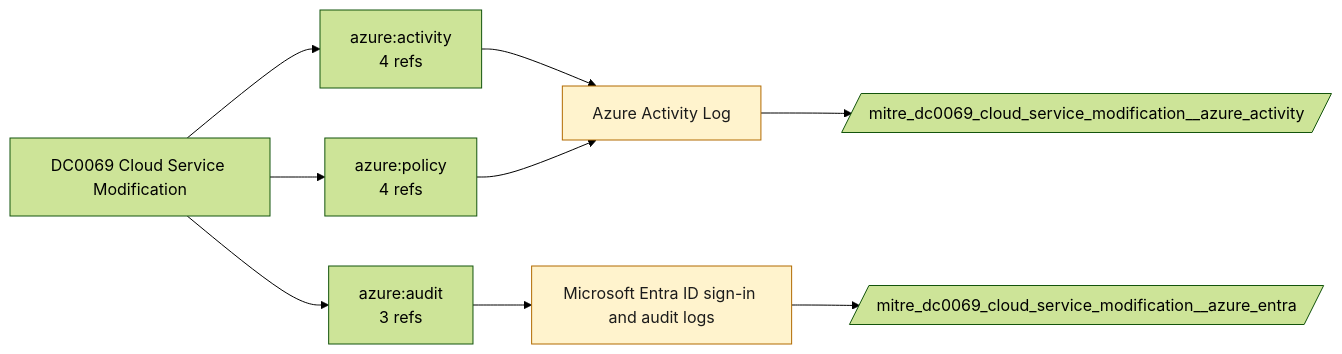
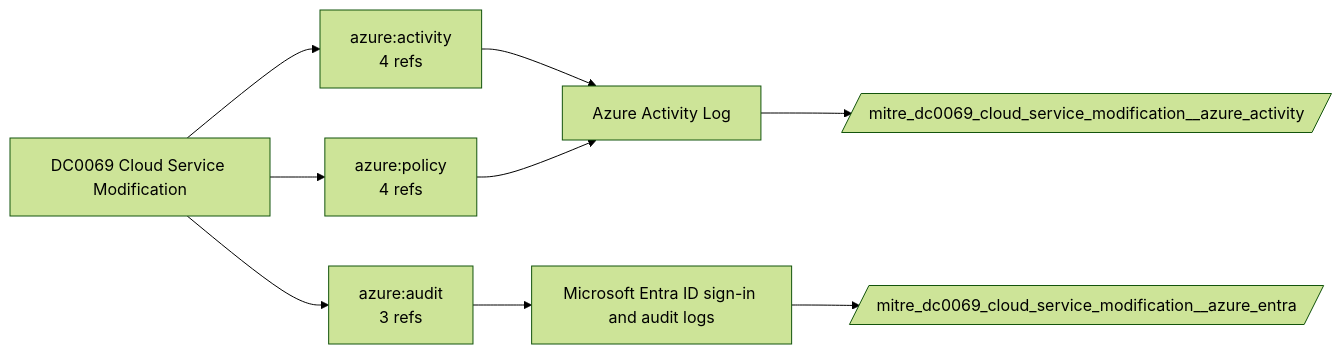
The diagram in docs/data-components/DC0069-cloud-service-modification.md (dev-nobytes-io/mitre-defensive-mappings-spl), drawn with Mermaid (forest theme) before and after one commit. The commit also changed other lines of this file and 366 other files, not shown here.

````diff
--- a/docs/data-components/DC0069-cloud-service-modification.md
+++ b/docs/data-components/DC0069-cloud-service-modification.md
@@ -19,18 +19,14 @@
 ```mermaid
 flowchart LR
   DC["DC0069 Cloud Service Modification"]
   DC --> LS0["azure:activity<br/>4 refs"]
   F_azure_activity["Azure Activity Log"]
   LS0 --> F_azure_activity
   DC --> LS1["azure:policy<br/>4 refs"]
   LS1 --> F_azure_activity
   DC --> LS2["azure:audit<br/>3 refs"]
   F_azure_entra["Microsoft Entra ID sign-in and audit logs"]
   LS2 --> F_azure_entra
   F_azure_activity --> ET_azure_activity[/"mitre_dc0069_cloud_service_modification__azure_activity"/]
-  class F_azure_activity ready
   F_azure_entra --> ET_azure_entra[/"mitre_dc0069_cloud_service_modification__azure_entra"/]
-  class F_azure_entra ready
-  classDef live fill:#d4edda,stroke:#2e7d32,color:#1b1b1b
-  classDef ready fill:#fff3cd,stroke:#b26a00,color:#1b1b1b
 ```
````
